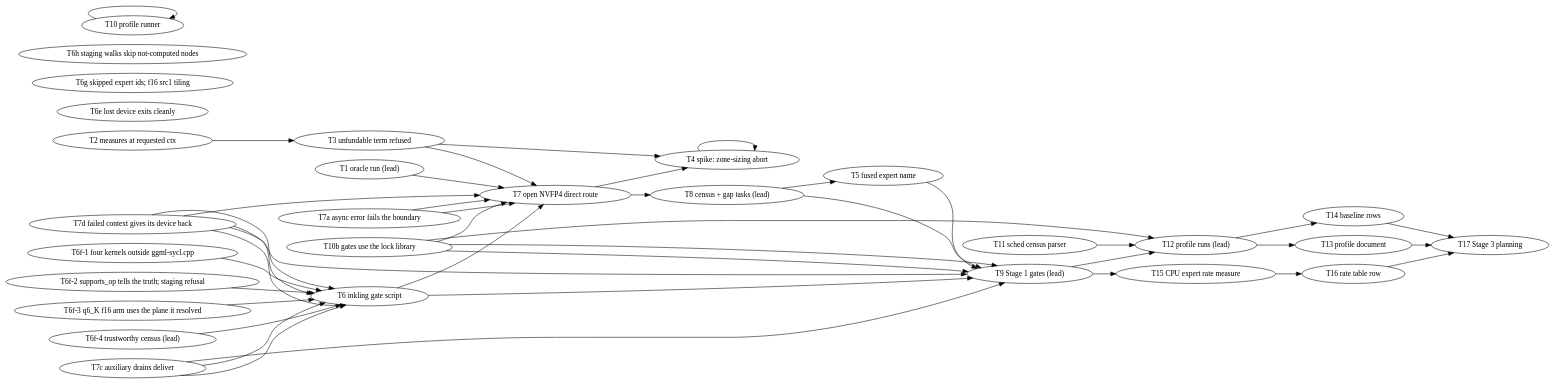
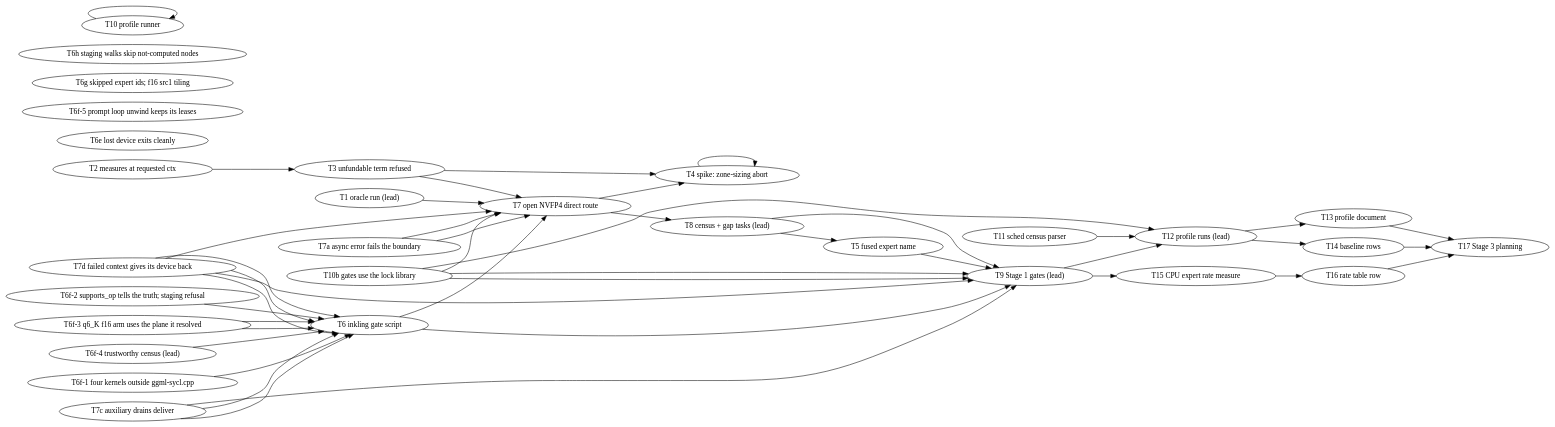
The diagram in docs/plans/2026-11-21-inkling2-mini-sycl-enable-profile-optimize.md (kainlan/llama.cpp-intel-optimizations), drawn with Graphviz before and after one commit. The commit also changed other lines of this file, not shown here.

First line of the commit message:
docs(plan): Task 6f-5 recorded (an unwind out of the per-expert prompt loop keeps its leases)

````diff
--- a/docs/plans/2026-11-21-inkling2-mini-sycl-enable-profile-optimize.md
+++ b/docs/plans/2026-11-21-inkling2-mini-sycl-enable-profile-optimize.md
@@ -96,45 +96,46 @@
 ```dot
 digraph dependencies {
     rankdir=LR;
     1  [label="T1 oracle run (lead)"];
     2  [label="T2 measures at requested ctx"];
     3  [label="T3 unfundable term refused"];
     4  [label="T4 spike: zone-sizing abort"];
     4b [label="T4b zone-sizing refusal"];
     5  [label="T5 fused expert name"];
     6  [label="T6 inkling gate script"];
     6b [label="T6b GPT-OSS gate without -ngl"];
     6c [label="T6c spike: GPT-OSS default context loses the B50"];
     6d [label="T6d not-computed nodes are not executed"];
     6e [label="T6e lost device exits cleanly"];
     6f1 [label="T6f-1 four kernels outside ggml-sycl.cpp"];
     6f2 [label="T6f-2 supports_op tells the truth; staging refusal"];
     6f3 [label="T6f-3 q6_K f16 arm uses the plane it resolved"];
     6f4 [label="T6f-4 trustworthy census (lead)"];
+    6f5 [label="T6f-5 prompt loop unwind keeps its leases"];
     6g [label="T6g skipped expert ids; f16 src1 tiling"];
     6h [label="T6h staging walks skip not-computed nodes"];
     7a [label="T7a async error fails the boundary"];
     7d [label="T7d failed context gives its device back"];
     7b [label="T7b every queue has the handler"];
     7c [label="T7c auxiliary drains deliver"];
     7  [label="T7 open NVFP4 direct route"];
     8  [label="T8 census + gap tasks (lead)"];
     9  [label="T9 Stage 1 gates (lead)"];
     10 [label="T10 profile runner"];
     10b [label="T10b gates use the lock library"];
     11 [label="T11 sched census parser"];
     12 [label="T12 profile runs (lead)"];
     13 [label="T13 profile document"];
     14 [label="T14 baseline rows"];
     15 [label="T15 CPU expert rate measure"];
     16 [label="T16 rate table row"];
     17 [label="T17 Stage 3 planning"];
     2 -> 3; 3 -> 4b; 4 -> 4b; 7 -> 4b; 8 -> 5;
     1 -> 7a; 7a -> 7; 7a -> 7d; 7d -> 7b; 3 -> 7; 6 -> 7; 7 -> 8; 6c -> 6d; 6d -> 9; 7c -> 6e;
-    6d -> 6f1; 6d -> 6f2; 6f2 -> 6f3; 6f1 -> 6f4; 6f3 -> 6f4; 6f4 -> 6g; 6d -> 6h;
+    6d -> 6f1; 6d -> 6f2; 6f2 -> 6f3; 6f1 -> 6f4; 6f3 -> 6f4; 6f4 -> 6g; 6d -> 6h; 6f3 -> 6f5;
     8 -> 9; 6 -> 9; 6b -> 9; 4b -> 9; 5 -> 9; 7b -> 7c; 7c -> 9;
     9 -> 12; 10 -> 10b; 10b -> 12; 11 -> 12;
     12 -> 13; 12 -> 14; 9 -> 15; 15 -> 16;
     13 -> 17; 14 -> 17; 16 -> 17;
 }
 ```
````
